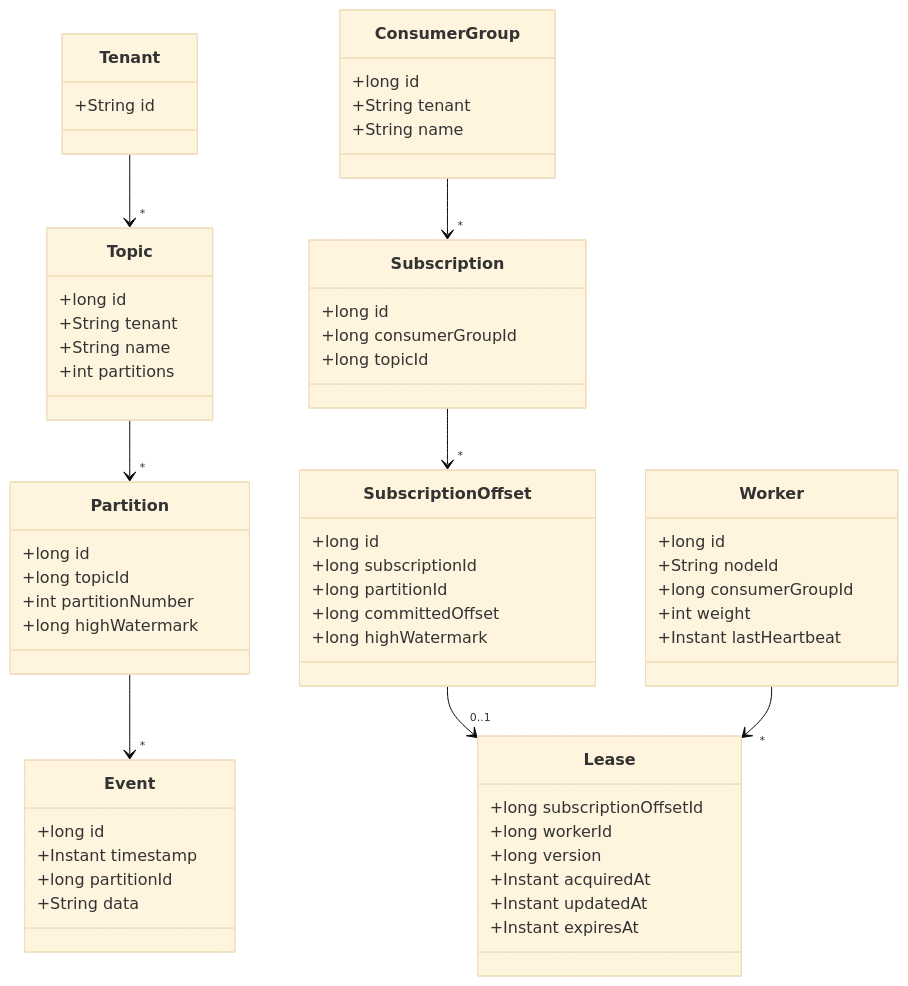
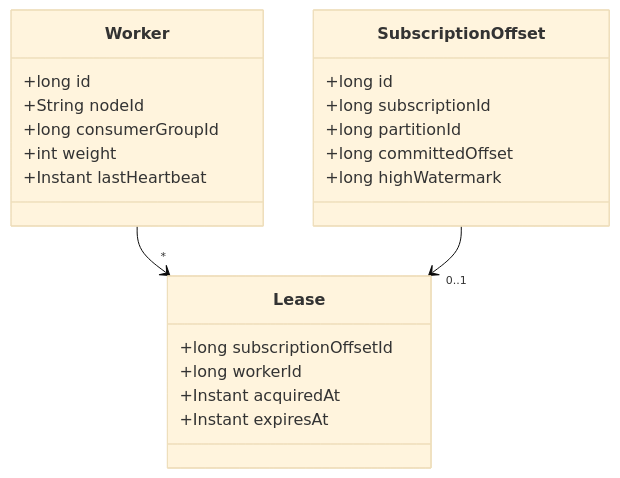
The second of 3 diagrams in README.md (rbilleci/boxy), drawn with Mermaid (base theme) before and after one commit. The commit also changed other lines of this file, not shown here.

Commit message:
#4 Update documentation covering worker state, lease state, heartbeats, and work-stealing protocol

````diff
--- a/README.md
+++ b/README.md
@@ -52,63 +59,25 @@
 ```mermaid
 classDiagram
-    class Tenant {
-        +String id
-    }
-    class Topic {
+    class Worker {
         +long id
-        +String tenant
-        +String name
-        +int partitions
-    }
-    class Partition {
-        +long id
-        +long topicId
-        +int partitionNumber
-        +long highWatermark
-    }
-    class Event {
-        +long id
-        +Instant timestamp
-        +long partitionId
-        +String data
-    }
-    class ConsumerGroup {
-        +long id
-        +String tenant
-        +String name
-    }
-    class Subscription {
-        +long id
+        +String nodeId
         +long consumerGroupId
-        +long topicId
+        +int weight
+        +Instant lastHeartbeat
     }
     class SubscriptionOffset {
         +long id
         +long subscriptionId
         +long partitionId
         +long committedOffset
         +long highWatermark
     }
-    class Worker {
-        +long id
-        +String nodeId
-        +long consumerGroupId
-        +int weight
-        +Instant lastHeartbeat
-    }
     class Lease {
         +long subscriptionOffsetId
         +long workerId
-        +long version
         +Instant acquiredAt
-        +Instant updatedAt
         +Instant expiresAt
     }
-    Tenant --> "*" Topic
-    Topic --> "*" Partition
-    Partition --> "*" Event
-    ConsumerGroup --> "*" Subscription
-    Subscription --> "*" SubscriptionOffset
+    Worker --> "*" Lease
     SubscriptionOffset --> "0..1" Lease
-    Worker --> "*" Lease
 ```
````
